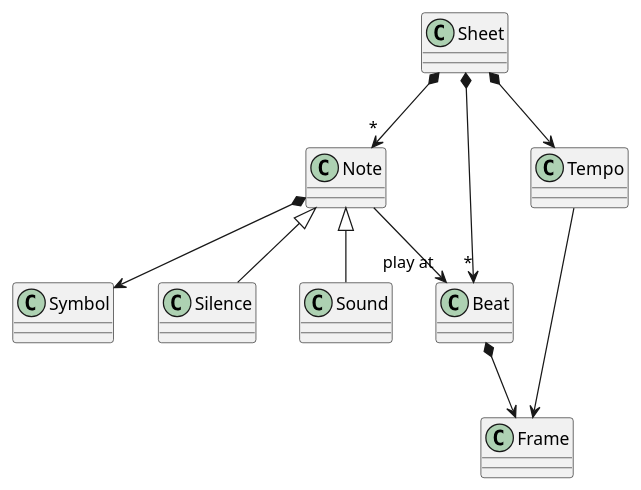
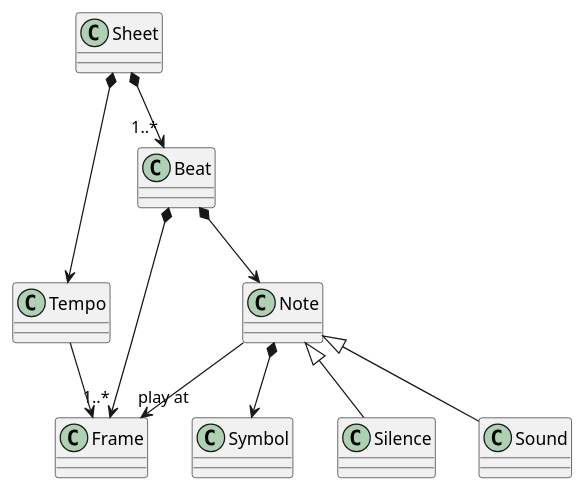
One commit to Juan-Albert/GGJ-2024 changed the diagram in Assets/Runtime/docs/DomainModel.puml. Above: the diagram before and after it, drawn with PlantUML. The commit also changed 7 other files, not shown here.

```diff
--- a/Assets/Runtime/docs/DomainModel.puml
+++ b/Assets/Runtime/docs/DomainModel.puml
@@ -1,13 +1,13 @@
 @startuml
 
-Sheet *--> "*" Note
 Sheet *--> Tempo
-Sheet *--> "*" Beat
+Sheet *--> "1..*" Beat
 Note *--> Symbol
-Note  --> "play at" Beat
-Beat *--> Frame
+Note  --> "play at" Frame
+Beat *--> "1..*" Frame
+Beat *--> Note
 Note <|-- Silence
 Note <|-- Sound
 Tempo --> Frame
 
 @enduml
```
